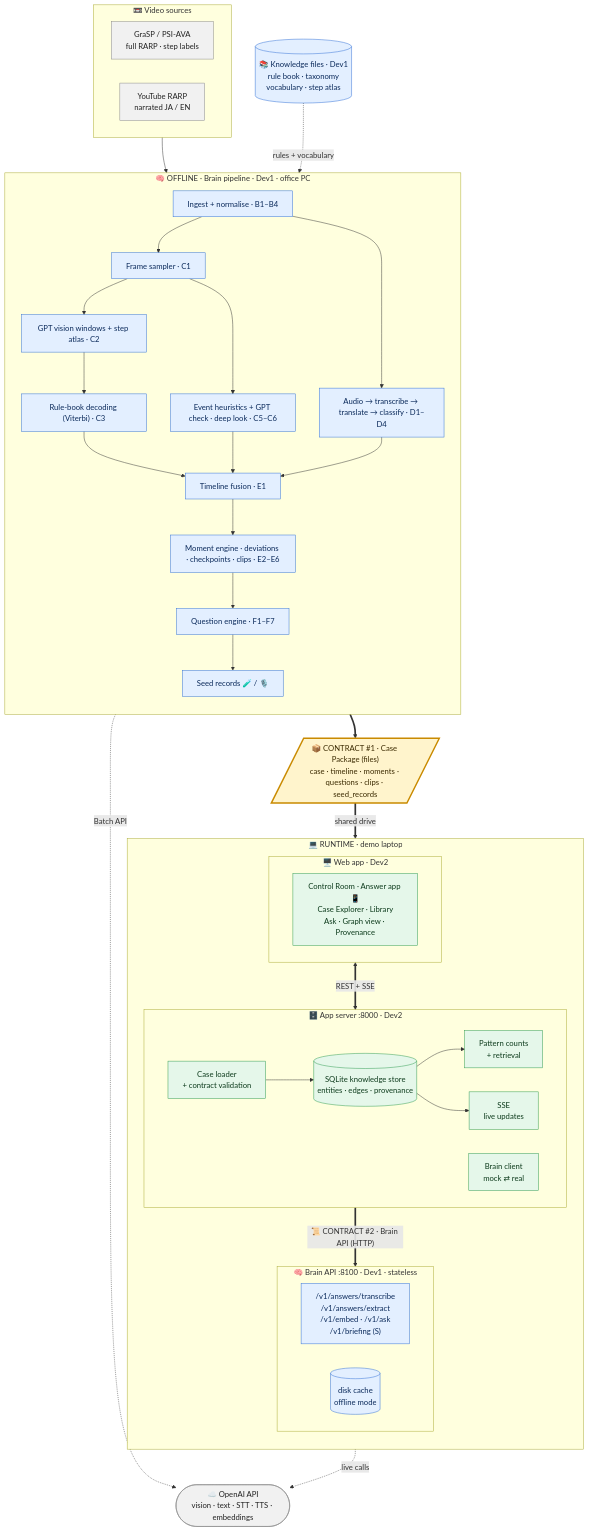
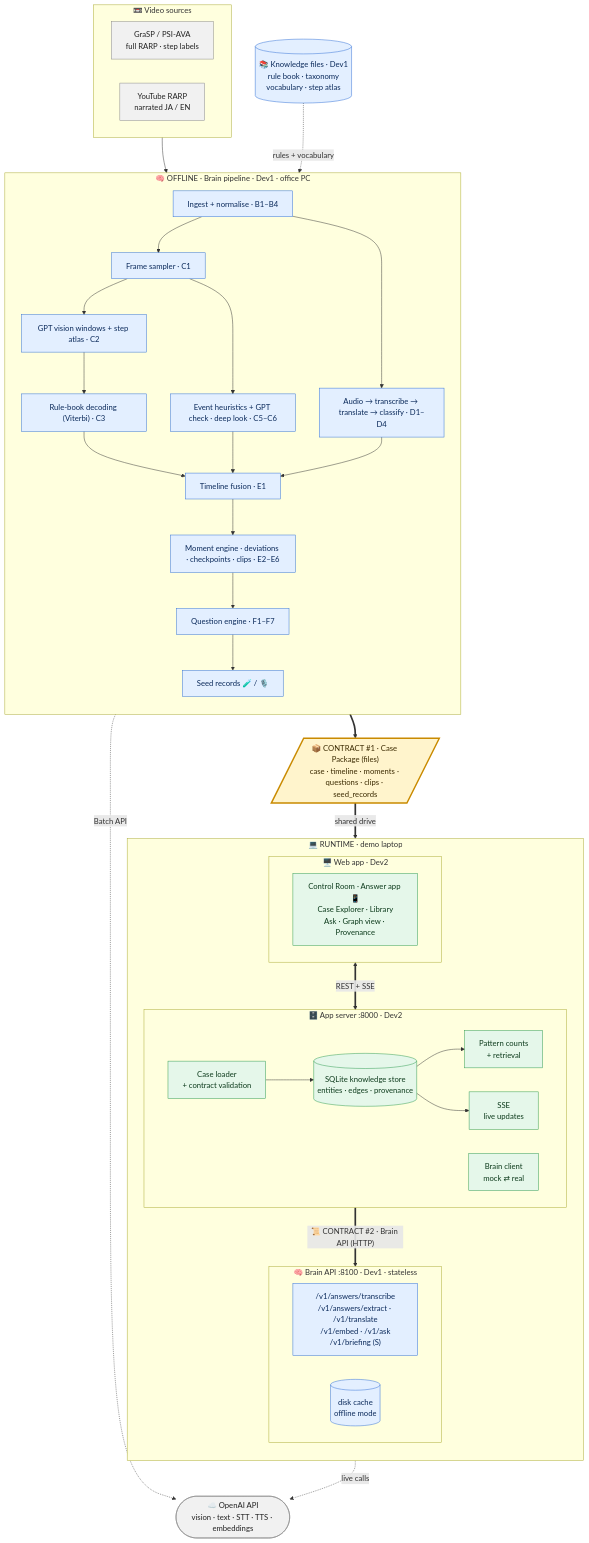
The diagram in docs/MVP_Master_Plan.md (karthi-ai-engineer/ScrubGPT), drawn with Mermaid before and after one commit. The commit also changed other lines of this file and 29 other files, not shown here.

````diff
--- a/docs/MVP_Master_Plan.md
+++ b/docs/MVP_Master_Plan.md
@@ -180,75 +181,75 @@
 ```mermaid
 flowchart TB
     subgraph SRC["📼 Video sources"]
         direction LR
         GRASP["GraSP / PSI-AVA<br/>full RARP · step labels"]
         YT["YouTube RARP<br/>narrated JA / EN"]
     end
 
     KB[("📚 Knowledge files · Dev1<br/>rule book · taxonomy<br/>vocabulary · step atlas")]
 
     subgraph OFF["🧠 OFFLINE · Brain pipeline · Dev1 · office PC"]
         direction TB
         ING["Ingest + normalise · B1–B4"]
         FR["Frame sampler · C1"]
         AUD["Audio → transcribe → translate → classify · D1–D4"]
         VIS["GPT vision windows + step atlas · C2"]
         EVT["Event heuristics + GPT check · deep look · C5–C6"]
         DEC["Rule-book decoding (Viterbi) · C3"]
         FUS["Timeline fusion · E1"]
         MOM["Moment engine · deviations · checkpoints · clips · E2–E6"]
         QE["Question engine · F1–F7"]
         SEED["Seed records 🧪 / 🎙️"]
         ING --> FR
         ING --> AUD
         FR --> VIS --> DEC --> FUS
         FR --> EVT --> FUS
         AUD --> FUS
         FUS --> MOM --> QE --> SEED
     end
 
     CP[/"📦 CONTRACT #1 · Case Package (files)<br/>case · timeline · moments · questions · clips · seed_records"/]
 
     subgraph RT["💻 RUNTIME · demo laptop"]
         direction TB
         subgraph WEB["🖥️ Web app · Dev2"]
             direction LR
             SCR["Control Room · Answer app 📱<br/>Case Explorer · Library<br/>Ask · Graph view · Provenance"]
         end
         subgraph AS["🗄️ App server :8000 · Dev2"]
             direction LR
             LOAD["Case loader<br/>+ contract validation"]
             STORE[("SQLite knowledge store<br/>entities · edges · provenance")]
             PAT["Pattern counts<br/>+ retrieval"]
             SSE["SSE<br/>live updates"]
             BC["Brain client<br/>mock ⇄ real"]
             LOAD --> STORE --> PAT
             STORE --> SSE
         end
         subgraph BR["🧠 Brain API :8100 · Dev1 · stateless"]
             direction LR
-            EPS["/v1/answers/transcribe<br/>/v1/answers/extract<br/>/v1/embed · /v1/ask<br/>/v1/briefing (S)"]
+            EPS["/v1/answers/transcribe<br/>/v1/answers/extract · /v1/translate<br/>/v1/embed · /v1/ask<br/>/v1/briefing (S)"]
             CACHE[("disk cache<br/>offline mode")]
         end
     end
 
     OAI(["☁️ OpenAI API<br/>vision · text · STT · TTS · embeddings"])
 
     SRC --> OFF
     KB -. "rules + vocabulary" .-> OFF
     OFF ==> CP
     CP == "shared drive" ==> AS
     WEB <== "REST + SSE" ==> AS
     AS == "📜 CONTRACT #2 · Brain API (HTTP)" ==> BR
     OFF -. "Batch API" .-> OAI
     BR -. "live calls" .-> OAI
 
     classDef contract fill:#fff4cc,stroke:#c98a00,stroke-width:3px,color:#3b2a00
     classDef dev1 fill:#e3efff,stroke:#2f6fd6,color:#0b2a5b
     classDef dev2 fill:#e5f7ea,stroke:#2e9a4f,color:#0d3b1c
     classDef ext fill:#f1f1f1,stroke:#888,color:#222
     class CP contract
     class ING,FR,AUD,VIS,EVT,DEC,FUS,MOM,QE,SEED,KB,EPS,CACHE dev1
     class LOAD,STORE,PAT,SSE,BC,SCR dev2
     class OAI,GRASP,YT ext
 ```
````
